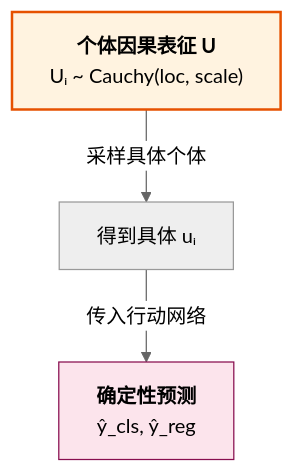
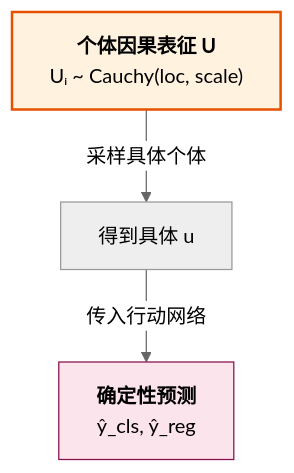
Before and after one commit to 1587causalai/CausalQwen: the first of 4 diagrams in docs/math_deep_dive/02_inference.md, drawn with Mermaid (neutral theme). The commit also changed other lines of this file and 1 other file, not shown here.

````diff
--- a/docs/math_deep_dive/02_inference.md
+++ b/docs/math_deep_dive/02_inference.md
@@ -29,9 +29,9 @@
 ```mermaid
 graph TD
     A["<b>个体因果表征 U</b><br>Uᵢ ~ Cauchy(loc, scale)"];
-    A -- "采样具体个体" --> F["得到具体 uᵢ"];
+    A -- "采样具体个体" --> F["得到具体 u"];
     F -- "传入行动网络" --> G["<b>确定性预测</b> <br> ŷ_cls, ŷ_reg"];
     
     style A fill:#fff3e0,stroke:#e65100,stroke-width:2px
     style G fill:#fce4ec,stroke:#880e4f
 ```
````
